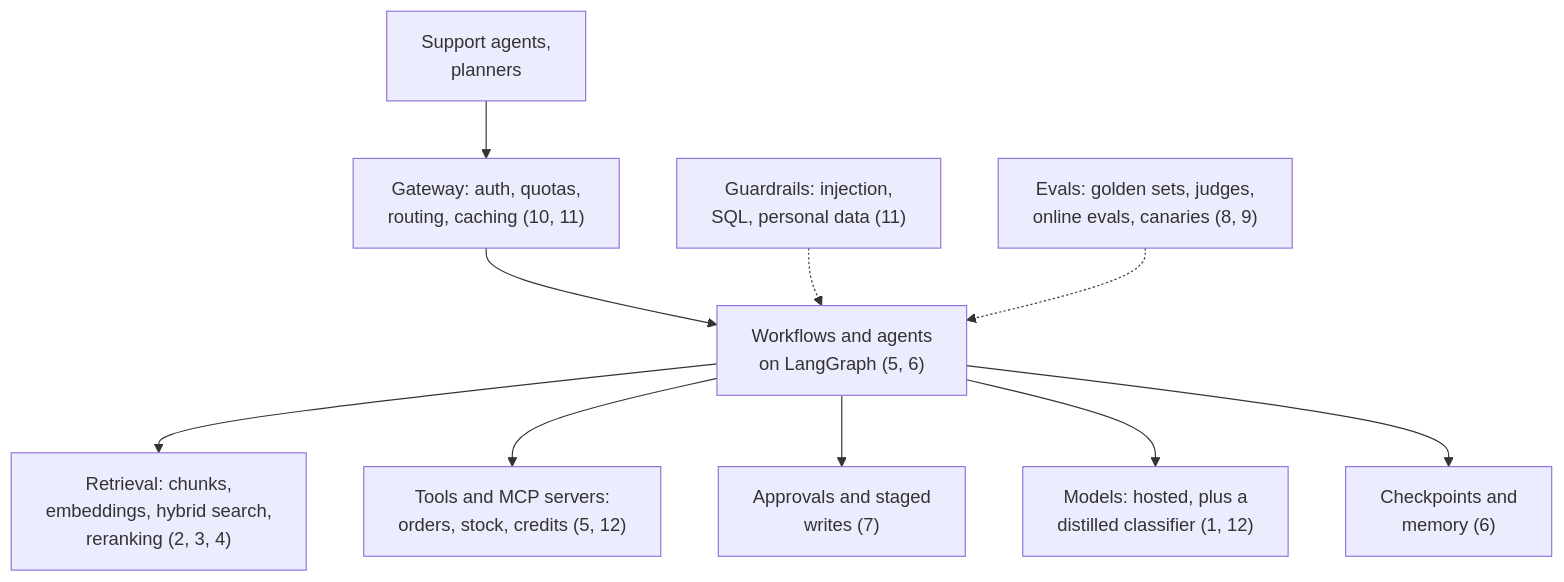
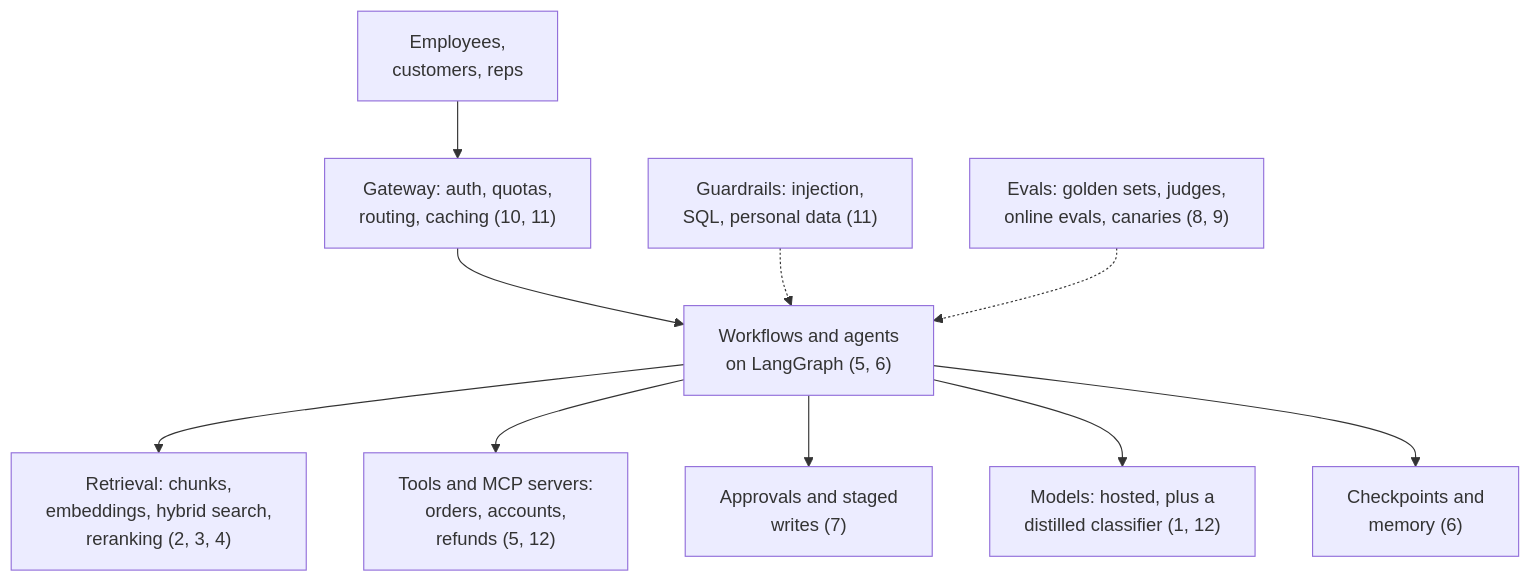
One commit to shubamchaudhary/CodeNITW changed diagram 12 of 12 in src/Data/aiStackDocs/CH-12.md. Above: the diagram before and after it, drawn with Mermaid. The commit also changed other lines of this file and 32 other files, not shown here.

````diff
--- a/src/Data/aiStackDocs/CH-12.md
+++ b/src/Data/aiStackDocs/CH-12.md
@@ -242,12 +242,12 @@
 ```mermaid
 flowchart TB
-    U["Support agents,<br/>planners"] --> GW["Gateway: auth, quotas,<br/>routing, caching (10, 11)"]
+    U["Employees,<br/>customers, reps"] --> GW["Gateway: auth, quotas,<br/>routing, caching (10, 11)"]
     GW --> WF["Workflows and agents<br/>on LangGraph (5, 6)"]
     WF --> RAG["Retrieval: chunks,<br/>embeddings, hybrid search,<br/>reranking (2, 3, 4)"]
-    WF --> TOOLS["Tools and MCP servers:<br/>orders, stock, credits (5, 12)"]
+    WF --> TOOLS["Tools and MCP servers:<br/>orders, accounts,<br/>refunds (5, 12)"]
     WF --> HITL["Approvals and staged<br/>writes (7)"]
     WF --> MODELS["Models: hosted, plus a<br/>distilled classifier (1, 12)"]
     WF --> MEM["Checkpoints and<br/>memory (6)"]
     GUARD["Guardrails: injection,<br/>SQL, personal data (11)"] -.-> WF
     EVAL["Evals: golden sets, judges,<br/>online evals, canaries (8, 9)"] -.-> WF
 ```
````
